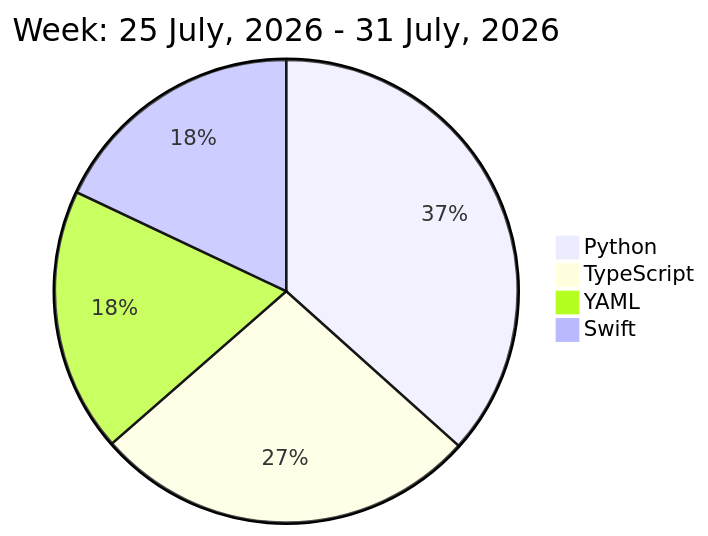
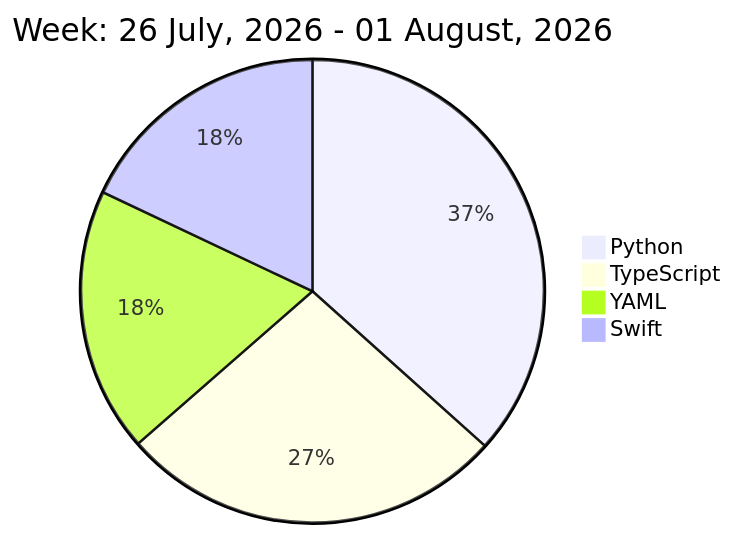
Before and after one commit to liubin95/liubin95: the diagram in README.md, drawn with Mermaid.

Commit message:
Updated the Graph with new Metrics

````diff
--- a/README.md
+++ b/README.md
@@ -32,8 +32,8 @@
 ```mermaid
  pie
-title Week: 25 July, 2026 - 31 July, 2026
+title Week: 26 July, 2026 - 01 August, 2026
  "Python" : 5.4
  "TypeScript" : 3.97
  "YAML" : 2.72
  "Swift" : 2.65
 ```
````
